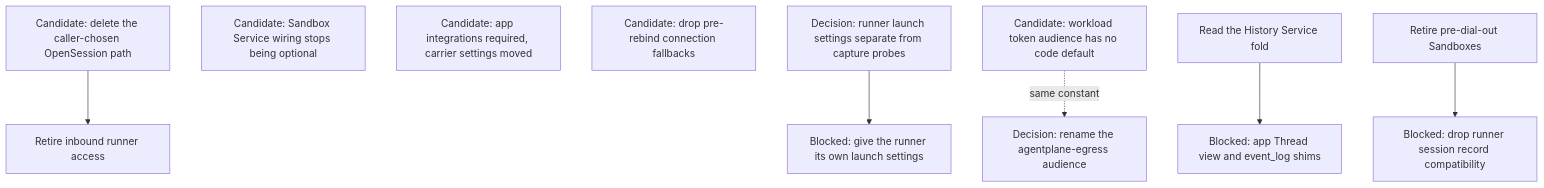
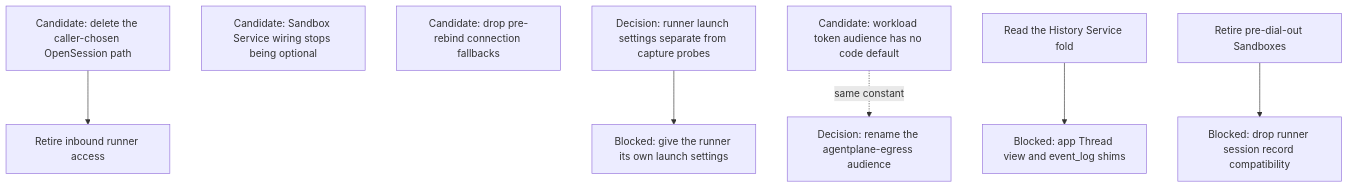
Diagram 11 of 11 in agentplane/plans/task_dag.md (agentydragon-agent/ducktape), drawn with Mermaid before and after one commit. The commit also changed other lines of this file and 31 other files, not shown here.

First line of the commit message:
agentplane/app: require the integrations every deployment sets (#9807)

````diff
--- a/agentplane/plans/task_dag.md
+++ b/agentplane/plans/task_dag.md
@@ -1027,21 +1027,20 @@
 ```mermaid
 flowchart TD
     OPEN_SESSION_RETIRE[Candidate: delete the caller-chosen OpenSession path]
     SANDBOX_SERVICE_RESOURCES_REQUIRED[Candidate: Sandbox Service wiring stops being optional]
-    APP_SETTINGS_REQUIRED[Candidate: app integrations required, carrier settings moved]
     ACTION_CONNECTION_REBIND_SHIMS[Candidate: drop pre-rebind connection fallbacks]
     RUNNER_LAUNCH_SETTINGS[Decision: runner launch settings separate from capture probes]
     WORKLOAD_AUDIENCE_DEFAULTS[Candidate: workload token audience has no code default]
     WORKLOAD_AUDIENCE_RENAME[Decision: rename the agentplane-egress audience]
     APP_THREAD_VIEW_CLEANUP[Blocked: app Thread view and event_log shims]
     RUNNER_INBOUND_RETIRE[Retire inbound runner access]
     FOLD_READ_CUTOVER[Read the History Service fold]
     OPEN_SESSION_RETIRE --> RUNNER_INBOUND_RETIRE
     RUNNER_LAUNCH_SETTINGS_SPLIT[Blocked: give the runner its own launch settings]
     RUNNER_LAUNCH_SETTINGS --> RUNNER_LAUNCH_SETTINGS_SPLIT
     WORKLOAD_AUDIENCE_DEFAULTS -. same constant .-> WORKLOAD_AUDIENCE_RENAME
     FOLD_READ_CUTOVER --> APP_THREAD_VIEW_CLEANUP
     RUNNER_SESSION_RECORD_SHIMS[Blocked: drop runner session record compatibility]
     LEGACY_SANDBOX_RETIRE[Retire pre-dial-out Sandboxes]
     LEGACY_SANDBOX_RETIRE --> RUNNER_SESSION_RECORD_SHIMS
 ```
````
